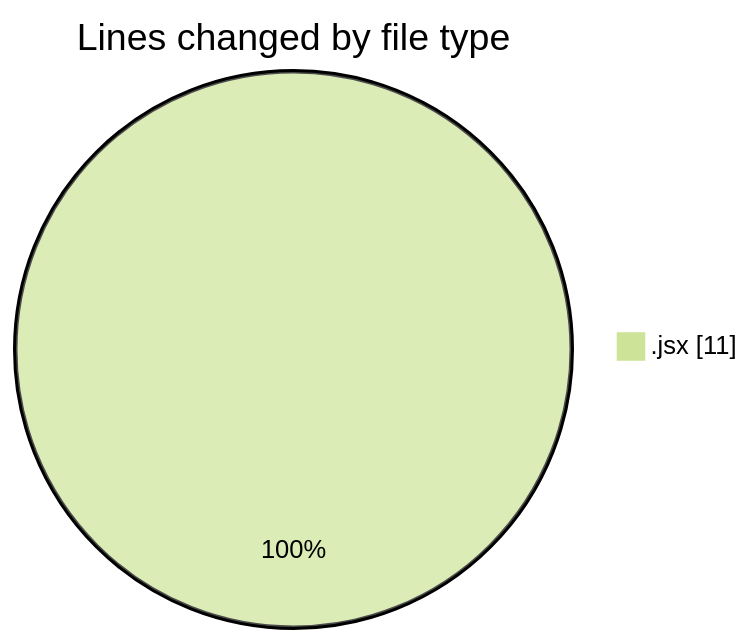
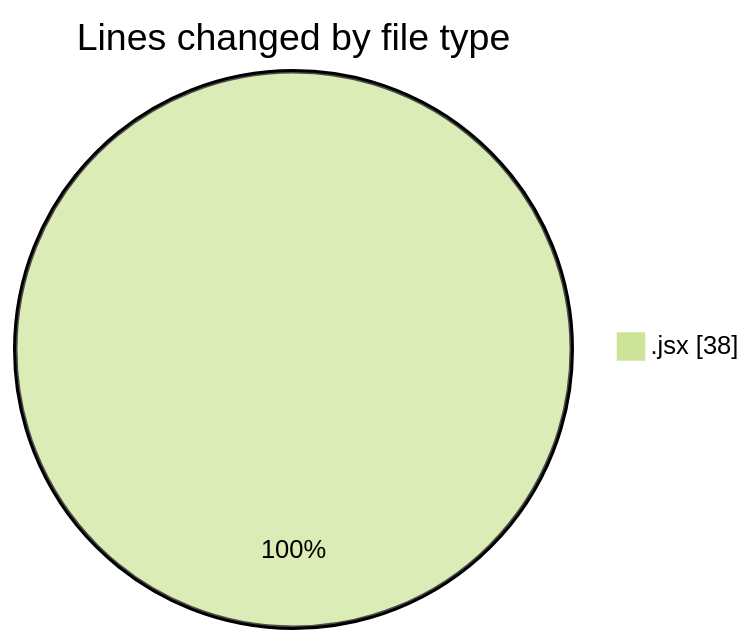
The first of 2 diagrams in 2025-06-26/nxtqube_webapp/README.md (nxtqubesakshisongat/code-tracking), drawn with Mermaid (forest theme) before and after one commit. The commit also changed other lines of this file and 1 other file, not shown here.

````diff
--- a/2025-06-26/nxtqube_webapp/README.md
+++ b/2025-06-26/nxtqube_webapp/README.md
@@ -20,5 +20,5 @@
 ```mermaid
 pie showData
 title Lines changed by file type
-".jsx" : 11
+".jsx" : 38
 ```
````
